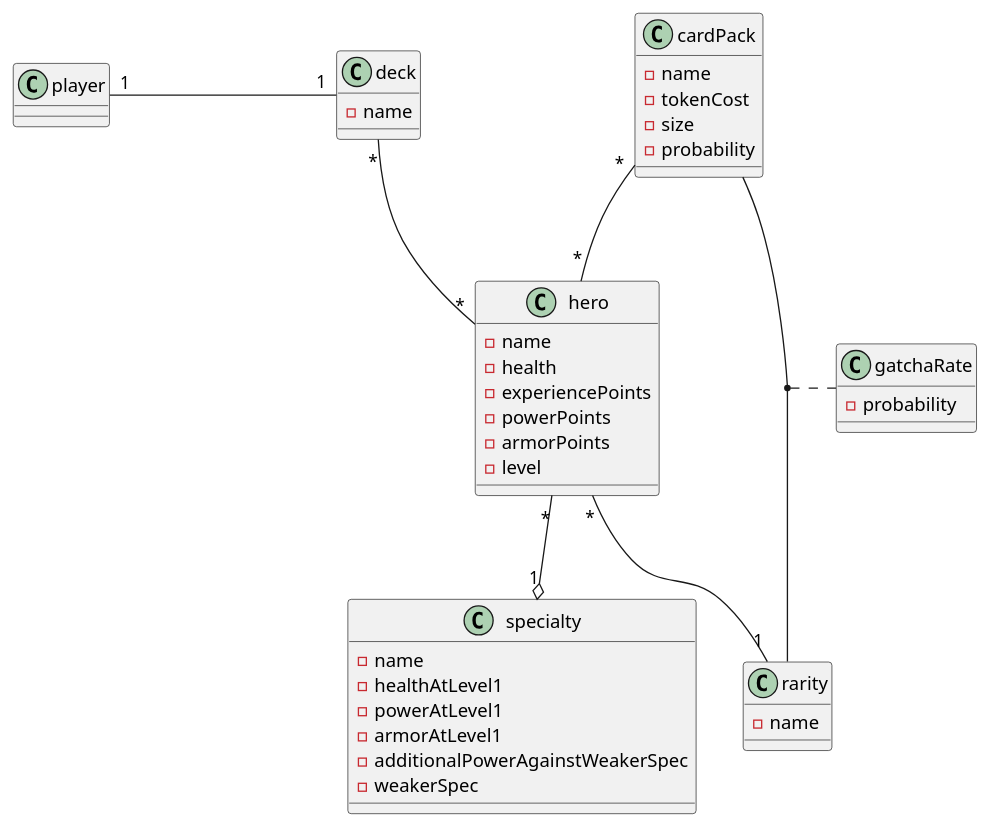
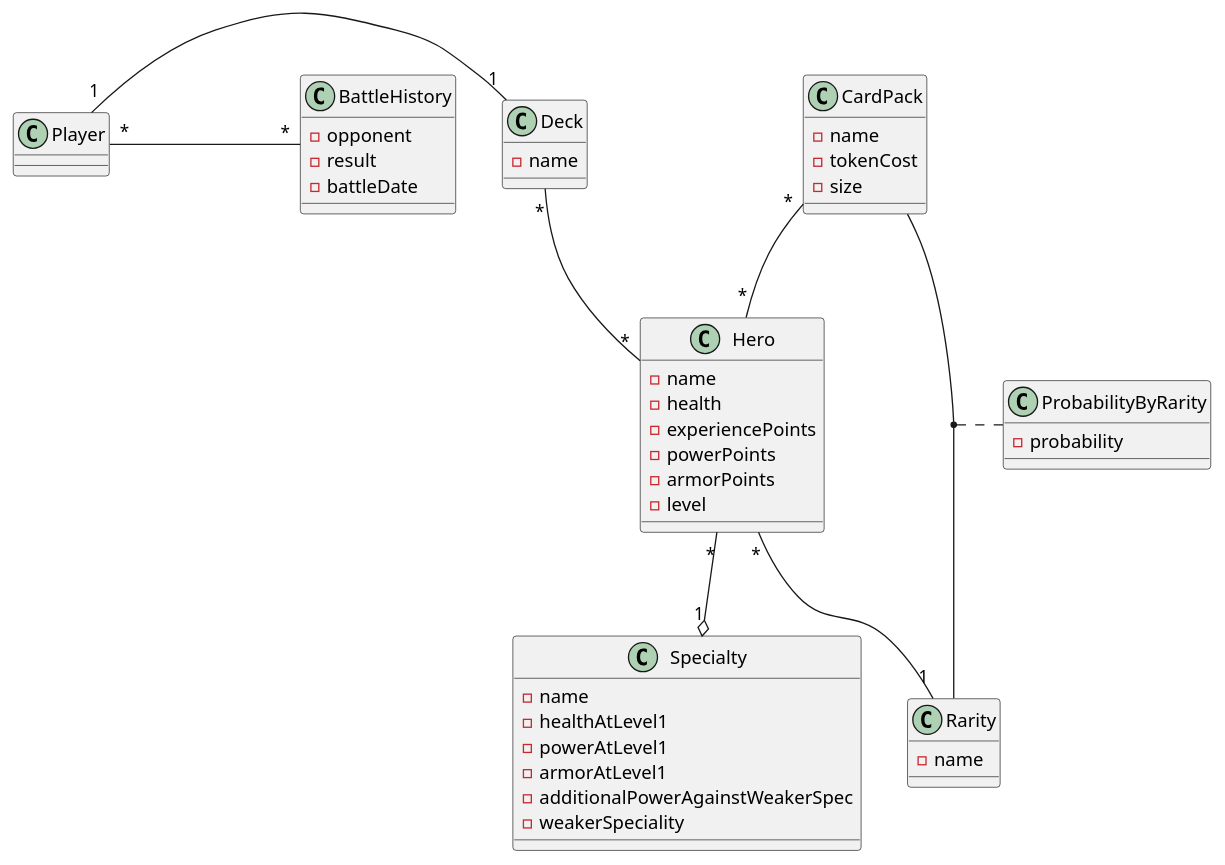
The diagram in docs/classeMetier.puml (shelbon/clean-code-card-game), drawn with PlantUML before and after one commit. The commit also changed other lines of this file, not shown here.

Commit message:
refactor(docs):uniformise name and add BattleHistory

```diff
--- a/docs/classeMetier.puml
+++ b/docs/classeMetier.puml
@@ -1,43 +1,49 @@
 @startuml
-class hero{
+class Hero{
     - name
     - health
     - experiencePoints
     - powerPoints
     - armorPoints
     - level
 }
 
-class specialty {
+class Specialty {
     - name
     - healthAtLevel1
     - powerAtLevel1
     - armorAtLevel1
     - additionalPowerAgainstWeakerSpec
-    - weakerSpec
+    - weakerSpeciality
 }
-class cardPack{
+class CardPack{
     - name
     - tokenCost
     - size
-    - probability
 }
-class gatchaRate {
+class ProbabilityByRarity {
       - probability
+
 }
-class rarity{
+class Rarity{
       - name
 }
-class deck  {
+class Deck  {
     - name
 }
-class player {
+class Player {
 
 }
-player "1"- "1" deck:\t\t\t\t\t
-hero "*"-"1" rarity:\t\t\t\t
-hero "*" --o "1" specialty
-deck "*" --"*" hero :"\t\t\t\t\t"
-cardPack "*" --"*" hero :"\t\t\t\t"
-(cardPack,rarity) .. gatchaRate
+class BattleHistory{
+     - opponent
+     - result
+     - battleDate
+}
+Player "1"- "1" Deck:\t\t\t\t\t
+Player "*"-"*" BattleHistory:\t\t\t\t
+Hero "*"-"1" Rarity:\t\t\t\t
+Hero "*" --o "1" Specialty
+Deck "*" --"*" Hero :"\t\t\t\t\t"
+CardPack "*" --"*" Hero :"\t\t\t\t"
+(CardPack,Rarity) .. ProbabilityByRarity
 @end
```
